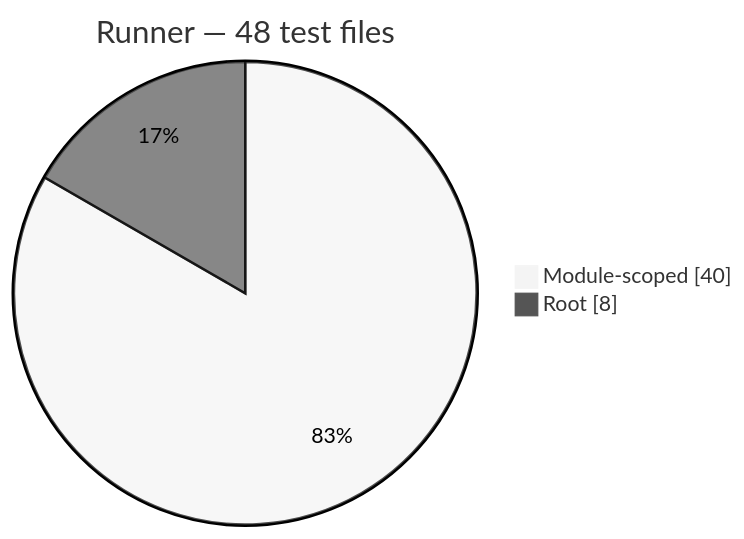
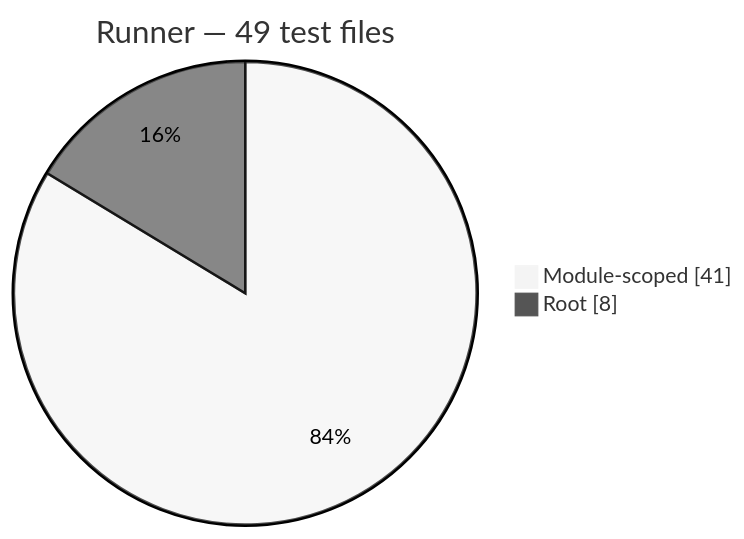
The ninth of 12 diagrams in docs/generated/test-composition.md (Mohammed-Alama/php-arazzo), drawn with Mermaid (neutral theme) before and after one commit. The commit also changed other lines of this file and 4 other files, not shown here.

First line of the commit message:
test(runner): conformance tests for issue #382 runner execution semantics

````diff
--- a/docs/generated/test-composition.md
+++ b/docs/generated/test-composition.md
@@ -128,6 +128,6 @@
 ```mermaid
 pie showData
-    title Runner — 48 test files
-    "Module-scoped": 40
+    title Runner — 49 test files
+    "Module-scoped": 41
     "Root": 8
 ```
````
